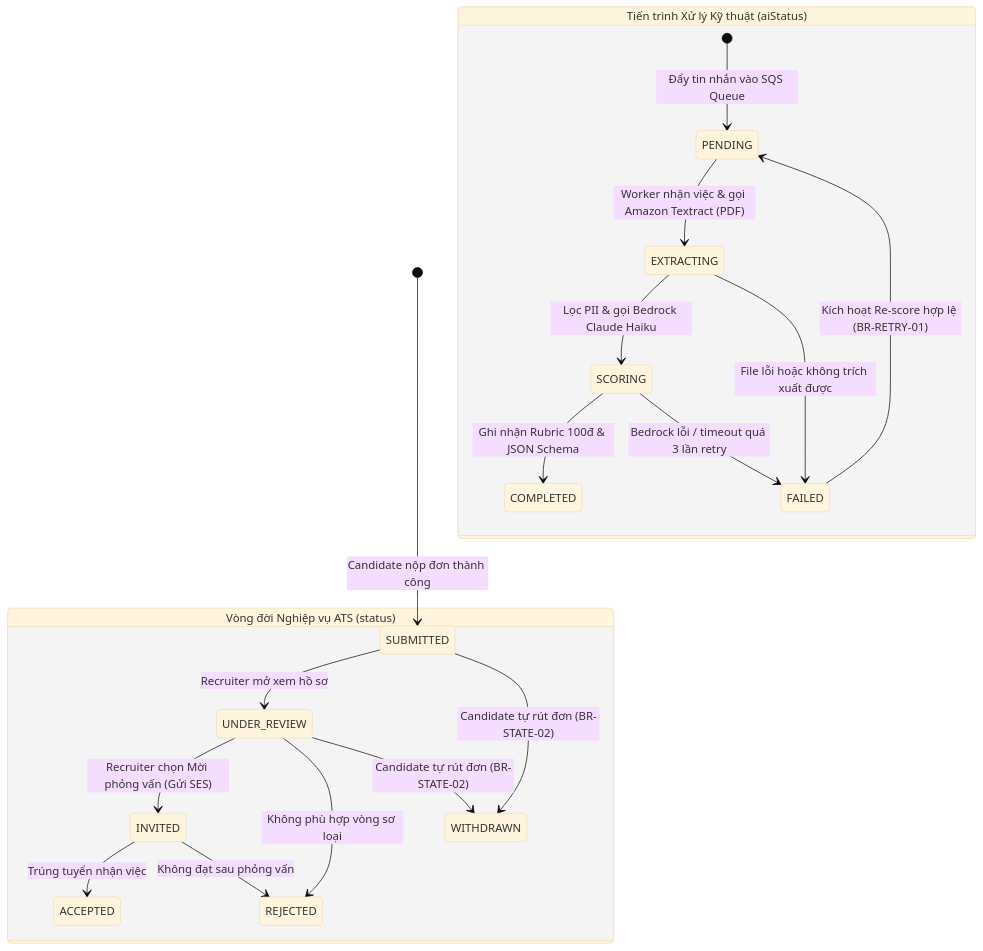
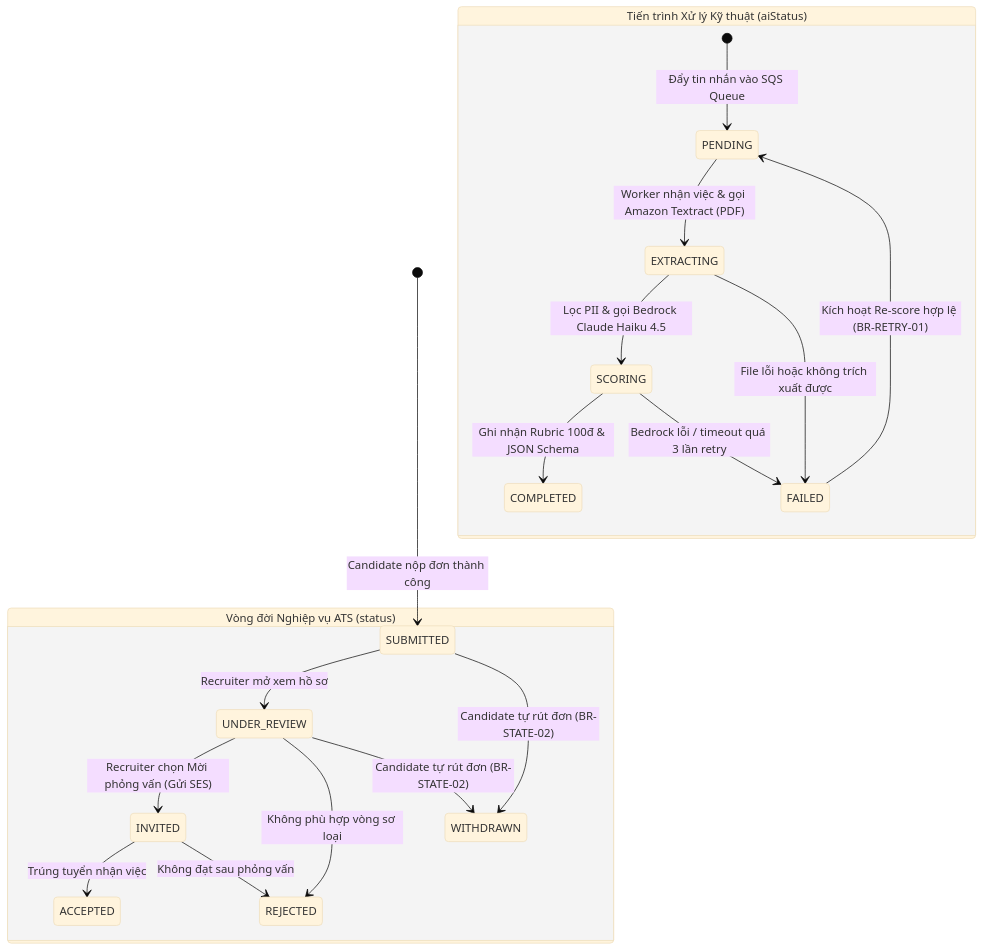
The second of 3 diagrams in docs/software/03-database-design.md (NguyenThanhTin235/aws-ai-cv-screening), drawn with Mermaid (base theme) before and after one commit. The commit also changed other lines of this file and 15 other files, not shown here.

Commit message:
docs: complete Phase 0 deliverables with test plan, cost estimation, and v12.0 architecture sync

````diff
--- a/docs/software/03-database-design.md
+++ b/docs/software/03-database-design.md
@@ -103,26 +103,26 @@
 ```mermaid
 stateDiagram-v2
     [*] --> SUBMITTED : Candidate nộp đơn thành công
     
     state "Vòng đời Nghiệp vụ ATS (status)" as BusinessLifecycle {
         SUBMITTED --> UNDER_REVIEW : Recruiter mở xem hồ sơ
         UNDER_REVIEW --> INVITED : Recruiter chọn Mời phỏng vấn (Gửi SES)
         UNDER_REVIEW --> REJECTED : Không phù hợp vòng sơ loại
         INVITED --> ACCEPTED : Trúng tuyển nhận việc
         INVITED --> REJECTED : Không đạt sau phỏng vấn
         
         SUBMITTED --> WITHDRAWN : Candidate tự rút đơn (BR-STATE-02)
         UNDER_REVIEW --> WITHDRAWN : Candidate tự rút đơn (BR-STATE-02)
     }
 
     state "Tiến trình Xử lý Kỹ thuật (aiStatus)" as AIPipelineLifecycle {
         [*] --> PENDING : Đẩy tin nhắn vào SQS Queue
         PENDING --> EXTRACTING : Worker nhận việc & gọi Amazon Textract (PDF)
-        EXTRACTING --> SCORING : Lọc PII & gọi Bedrock Claude Haiku
+        EXTRACTING --> SCORING : Lọc PII & gọi Bedrock Claude Haiku 4.5
         SCORING --> COMPLETED : Ghi nhận Rubric 100đ & JSON Schema
         
         EXTRACTING --> FAILED : File lỗi hoặc không trích xuất được
         SCORING --> FAILED : Bedrock lỗi / timeout quá 3 lần retry
         FAILED --> PENDING : Kích hoạt Re-score hợp lệ (BR-RETRY-01)
     }
 ```
````
